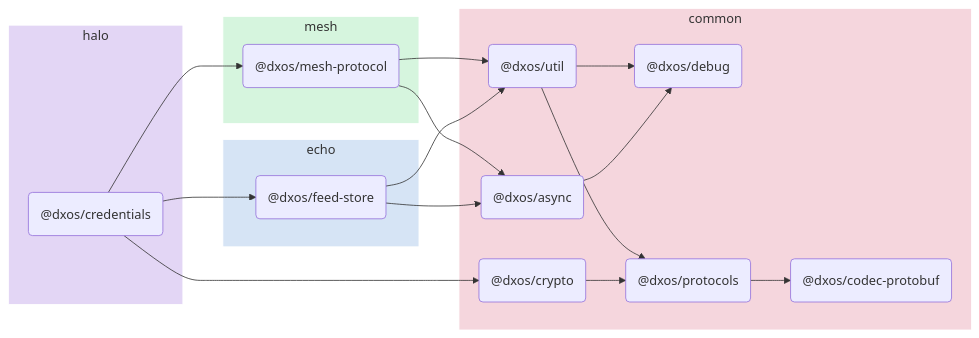
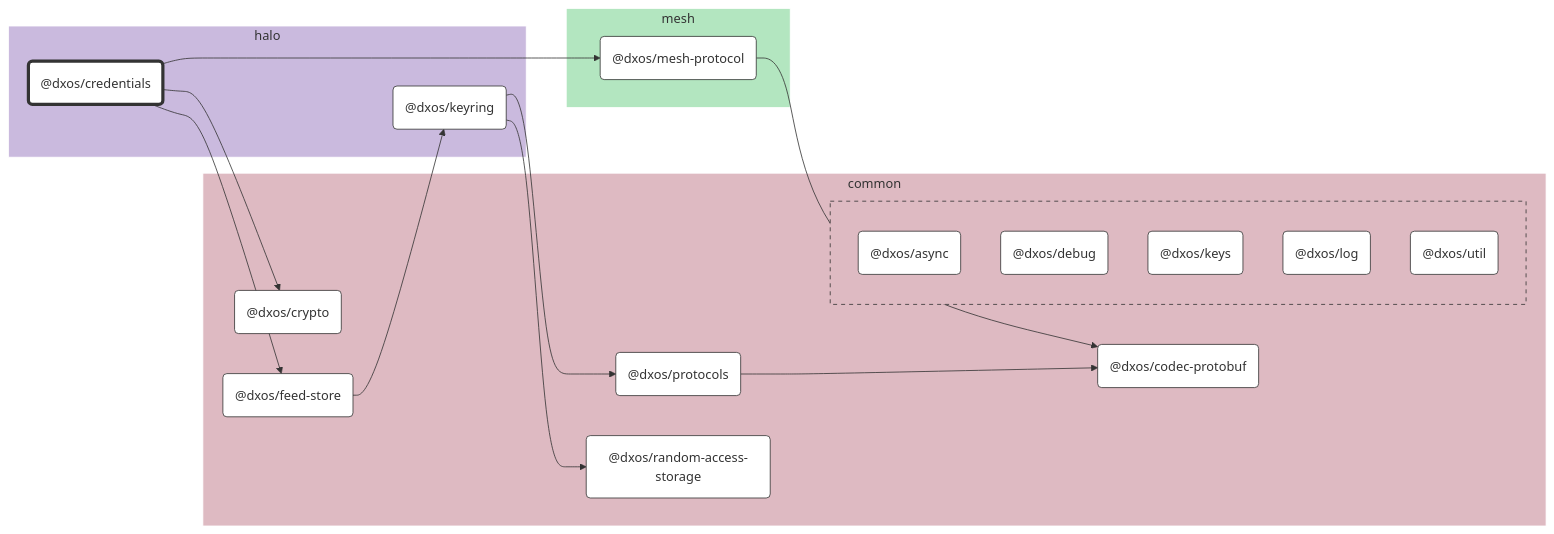
One commit to dxos/dxos changed the diagram in packages/halo/credentials/docs/README.md. Above: the diagram before and after it, drawn with Mermaid. The commit also changed other lines of this file and 89 other files, not shown here.

````diff
--- a/packages/halo/credentials/docs/README.md
+++ b/packages/halo/credentials/docs/README.md
@@ -5,41 +7,84 @@
 ```mermaid
-flowchart LR;
+%%{ init: {'flowchart':{'curve':'basis'}} }%%
 
+flowchart LR
+
+%% Links
+dxos/credentials --> dxos/crypto;
+dxos/credentials --> dxos/feed-store;
+dxos/credentials --> dxos/mesh-protocol;
+dxos/feed-store --> dxos/keyring;
+dxos/keyring --> dxos/protocols;
+dxos/keyring --> dxos/random-access-storage;
+dxos/mesh-protocol --> dxos/codec-protobuf;
+dxos/protocols --> dxos/codec-protobuf;
+
+%% Sections
 subgraph halo
-  style halo fill:#e3d6f5,stroke:#fff;
-  dxos/credentials("@dxos/credentials");
+  style halo fill:#cabade,stroke:#fff;
+
+  dxos/credentials("@dxos/credentials")
+  dxos/keyring("@dxos/keyring")
 end
 
 subgraph common
-  style common fill:#f5d6dd,stroke:#fff;
-  dxos/async("@dxos/async");
-  dxos/debug("@dxos/debug");
-  dxos/codec-protobuf("@dxos/codec-protobuf");
-  dxos/crypto("@dxos/crypto");
-  dxos/protocols("@dxos/protocols");
-  dxos/util("@dxos/util");
-end
+  style common fill:#debac2,stroke:#fff;
 
-subgraph echo
-  style echo fill:#d6e4f5,stroke:#fff;
-  dxos/feed-store("@dxos/feed-store");
+  dxos/codec-protobuf("@dxos/codec-protobuf")
+  dxos/crypto("@dxos/crypto")
+  dxos/feed-store("@dxos/feed-store")
+  dxos/protocols("@dxos/protocols")
+  dxos/random-access-storage("@dxos/random-access-storage")
+
+  subgraph common-excluded [ ]
+    style common-excluded fill:#debac2,stroke:#333,stroke-dasharray:5 5;
+
+    dxos/async("@dxos/async")
+    dxos/debug("@dxos/debug")
+    dxos/keys("@dxos/keys")
+    dxos/log("@dxos/log")
+    dxos/util("@dxos/util")
+  end
 end
 
 subgraph mesh
-  style mesh fill:#d6f5de,stroke:#fff;
-  dxos/mesh-protocol("@dxos/mesh-protocol");
+  style mesh fill:#b3e6c0,stroke:#fff;
+
+  dxos/mesh-protocol("@dxos/mesh-protocol")
 end
 
-dxos/async --> dxos/debug;
-dxos/credentials --> dxos/crypto;
-dxos/crypto --> dxos/protocols;
-dxos/protocols --> dxos/codec-protobuf;
-dxos/credentials --> dxos/feed-store;
-dxos/feed-store --> dxos/async;
-dxos/feed-store --> dxos/util;
-dxos/util --> dxos/debug;
-dxos/util --> dxos/protocols;
-dxos/credentials --> dxos/mesh-protocol;
-dxos/mesh-protocol --> dxos/async;
-dxos/mesh-protocol --> dxos/util;
+
+%% Hyperlinks
+click dxos/async "dxos/dxos/tree/main/packages/common/async/docs";
+click dxos/codec-protobuf "dxos/dxos/tree/main/packages/common/codec-protobuf/docs";
+click dxos/crypto "dxos/dxos/tree/main/packages/common/crypto/docs";
+click dxos/debug "dxos/dxos/tree/main/packages/common/debug/docs";
+click dxos/feed-store "dxos/dxos/tree/main/packages/common/feed-store/docs";
+click dxos/keyring "dxos/dxos/tree/main/packages/halo/keyring/docs";
+click dxos/keys "dxos/dxos/tree/main/packages/common/keys/docs";
+click dxos/log "dxos/dxos/tree/main/packages/common/log/docs";
+click dxos/mesh-protocol "dxos/dxos/tree/main/packages/mesh/mesh-protocol/docs";
+click dxos/protocols "dxos/dxos/tree/main/packages/common/protocols/docs";
+click dxos/random-access-storage "dxos/dxos/tree/main/packages/common/random-access-storage/docs";
+click dxos/util "dxos/dxos/tree/main/packages/common/util/docs";
+
+%% Styles
+classDef rootNode fill:#fff,stroke:#333,stroke-width:4px
+classDef defaultNode fill:#fff,stroke:#333,stroke-width:1px
+linkStyle default stroke:#333,stroke-width:1px
+
+dxos/credentials:::rootNode
+
+dxos/async:::defaultNode
+dxos/codec-protobuf:::defaultNode
+dxos/crypto:::defaultNode
+dxos/debug:::defaultNode
+dxos/feed-store:::defaultNode
+dxos/keyring:::defaultNode
+dxos/keys:::defaultNode
+dxos/log:::defaultNode
+dxos/mesh-protocol:::defaultNode
+dxos/protocols:::defaultNode
+dxos/random-access-storage:::defaultNode
+dxos/util:::defaultNode
 ```
````
